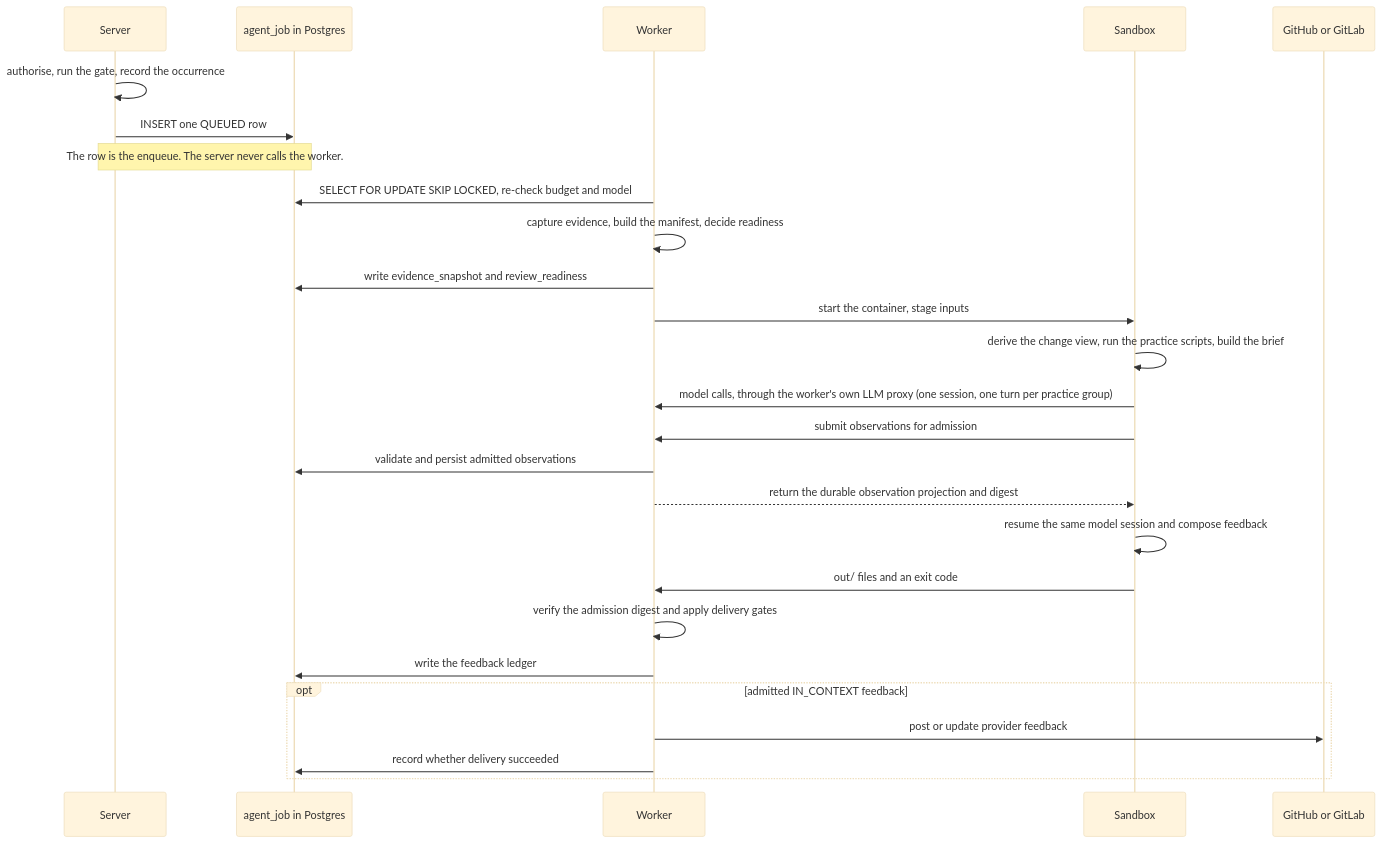
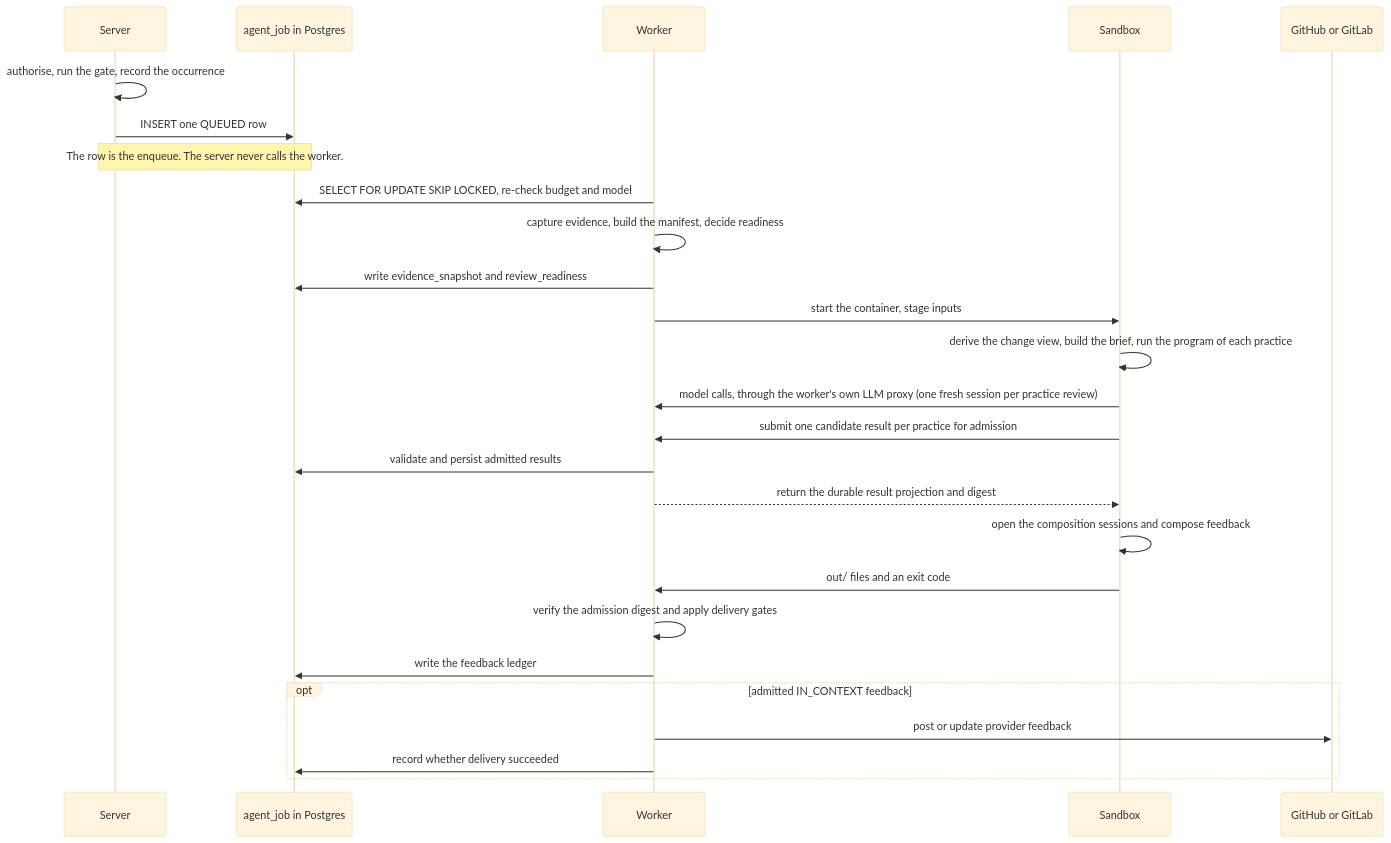
The diagram in docs/contributor/practice-review-runtime.mdx (ls1intum/Hephaestus), drawn with Mermaid (base theme) before and after one commit. The commit also changed other lines of this file and 58 other files, not shown here.

Commit message:
docs: practice scripts are the review program, with results and observations

````diff
--- a/docs/contributor/practice-review-runtime.mdx
+++ b/docs/contributor/practice-review-runtime.mdx
@@ -15,30 +15,30 @@
 ```mermaid
 sequenceDiagram
     accTitle: Practice review execution across server, worker, sandbox, and provider
     accDescr: The server queues a job, the worker captures evidence, Java admits sandbox observations, the same model session composes feedback, and eligible public feedback reaches the provider.
     participant S as Server
     participant DB as agent_job in Postgres
     participant W as Worker
     participant SB as Sandbox
     participant SCM as GitHub or GitLab
     S->>S: authorise, run the gate, record the occurrence
     S->>DB: INSERT one QUEUED row
     Note over S,DB: The row is the enqueue. The server never calls the worker.
     W->>DB: SELECT FOR UPDATE SKIP LOCKED, re-check budget and model
     W->>W: capture evidence, build the manifest, decide readiness
     W->>DB: write evidence_snapshot and review_readiness
     W->>SB: start the container, stage inputs
-    SB->>SB: derive the change view, run the practice scripts, build the brief
-    SB->>W: model calls, through the worker's own LLM proxy (one session, one turn per practice group)
-    SB->>W: submit observations for admission
-    W->>DB: validate and persist admitted observations
-    W-->>SB: return the durable observation projection and digest
-    SB->>SB: resume the same model session and compose feedback
+    SB->>SB: derive the change view, build the brief, run the program of each practice
+    SB->>W: model calls, through the worker's own LLM proxy (one fresh session per practice review)
+    SB->>W: submit one candidate result per practice for admission
+    W->>DB: validate and persist admitted results
+    W-->>SB: return the durable result projection and digest
+    SB->>SB: open the composition sessions and compose feedback
     SB->>W: out/ files and an exit code
     W->>W: verify the admission digest and apply delivery gates
     W->>DB: write the feedback ledger
     opt admitted IN_CONTEXT feedback
         W->>SCM: post or update provider feedback
         W->>DB: record whether delivery succeeded
     end
 ```
````
